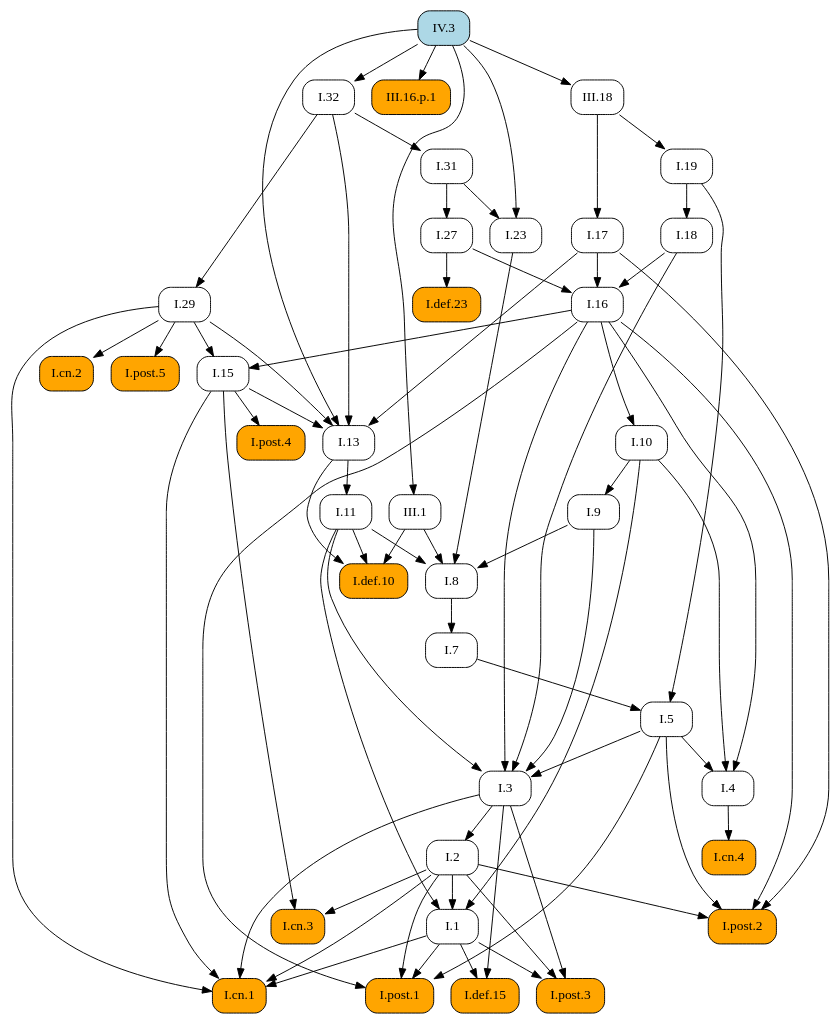
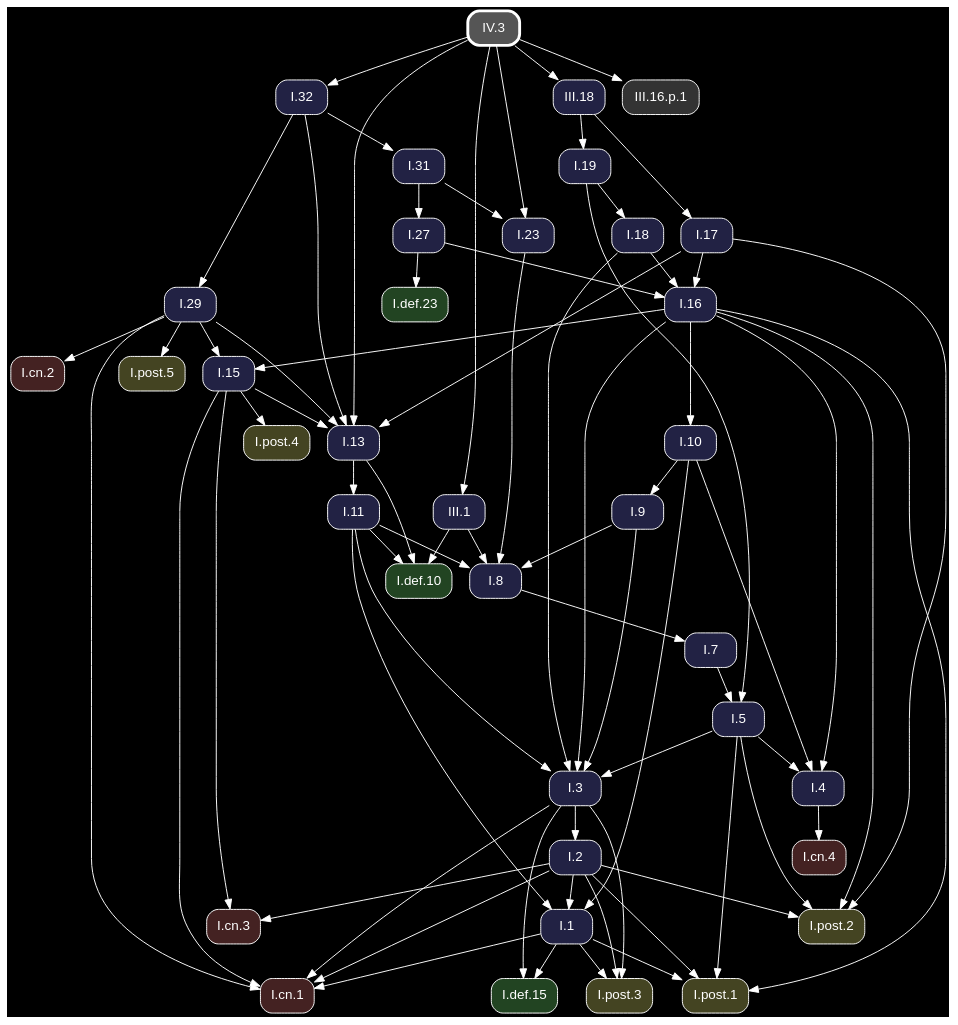
The diagram in docsrc/heath/IV/3/index.rst (geometor/elements), drawn with Graphviz before and after one commit. The commit also changed other lines of this file and 1200 other files, not shown here.

Commit message:
update dependency graphs

```diff
--- a/docsrc/heath/IV/3/index.rst
+++ b/docsrc/heath/IV/3/index.rst
@@ -62,67 +62,49 @@
 .. graphviz::
 
    digraph {
+     bgcolor="black";
+     node [shape=box, style="rounded,filled", fontname="Helvetica", color="white", fontcolor="white"];
+     edge [color="white", fontcolor="white"];
      rankdir="TB";
-     node [shape=box, style=rounded];
-     "I.23" [URL="/heath/I/23/", target="_top"];
-     "I.9" [URL="/heath/I/9/", target="_top"];
-     "I.32" [URL="/heath/I/32/", target="_top"];
-     "III.16.p.1" [style="rounded,filled", fillcolor=orange];
-     "I.def.15" [style="rounded,filled", fillcolor=orange, URL="/heath/I/def.15/", target="_top"];
-     "I.post.3" [style="rounded,filled", fillcolor=orange, URL="/heath/I/post.3/", target="_top"];
-     "III.1" [URL="/heath/III/1/", target="_top"];
-     "I.post.1" [style="rounded,filled", fillcolor=orange, URL="/heath/I/post.1/", target="_top"];
-     "I.19" [URL="/heath/I/19/", target="_top"];
-     "I.31" [URL="/heath/I/31/", target="_top"];
-     "I.def.10" [style="rounded,filled", fillcolor=orange, URL="/heath/I/def.10/", target="_top"];
-     "I.18" [URL="/heath/I/18/", target="_top"];
-     "I.27" [URL="/heath/I/27/", target="_top"];
-     "I.3" [URL="/heath/I/3/", target="_top"];
-     "I.cn.1" [style="rounded,filled", fillcolor=orange, URL="/heath/I/cn.1/", target="_top"];
-     "III.18" [URL="/heath/III/18/", target="_top"];
-     "I.7" [URL="/heath/I/7/", target="_top"];
-     "I.2" [URL="/heath/I/2/", target="_top"];
-     "I.13" [URL="/heath/I/13/", target="_top"];
-     "I.post.4" [style="rounded,filled", fillcolor=orange, URL="/heath/I/post.4/", target="_top"];
-     "I.4" [URL="/heath/I/4/", target="_top"];
-     "IV.3" [style="rounded,filled", fillcolor=lightblue, URL="/heath/IV/3/", target="_top"];
-     "I.1" [URL="/heath/I/1/", target="_top"];
-     "I.5" [URL="/heath/I/5/", target="_top"];
-     "I.17" [URL="/heath/I/17/", target="_top"];
-     "I.8" [URL="/heath/I/8/", target="_top"];
-     "I.29" [URL="/heath/I/29/", target="_top"];
-     "I.cn.3" [style="rounded,filled", fillcolor=orange, URL="/heath/I/cn.3/", target="_top"];
-     "I.16" [URL="/heath/I/16/", target="_top"];
-     "I.15" [URL="/heath/I/15/", target="_top"];
-     "I.10" [URL="/heath/I/10/", target="_top"];
-     "I.11" [URL="/heath/I/11/", target="_top"];
-     "I.def.23" [style="rounded,filled", fillcolor=orange, URL="/heath/I/def.23/", target="_top"];
-     "I.cn.2" [style="rounded,filled", fillcolor=orange, URL="/heath/I/cn.2/", target="_top"];
-     "I.post.5" [style="rounded,filled", fillcolor=orange, URL="/heath/I/post.5/", target="_top"];
-     "I.cn.4" [style="rounded,filled", fillcolor=orange, URL="/heath/I/cn.4/", target="_top"];
-     "I.post.2" [style="rounded,filled", fillcolor=orange, URL="/heath/I/post.2/", target="_top"];
-     "I.31" -> "I.23";
-     "IV.3" -> "I.23";
-     "I.10" -> "I.9";
+     "I.31" [fillcolor="#222244", URL="/heath/I/31/", target="_top"];
+     "I.32" [fillcolor="#222244", URL="/heath/I/32/", target="_top"];
+     "I.3" [fillcolor="#222244", URL="/heath/I/3/", target="_top"];
+     "I.cn.1" [fillcolor="#442222", URL="/heath/I/cn.1/", target="_top"];
+     "I.19" [fillcolor="#222244", URL="/heath/I/19/", target="_top"];
+     "I.def.10" [fillcolor="#224422", URL="/heath/I/def.10/", target="_top"];
+     "I.15" [fillcolor="#222244", URL="/heath/I/15/", target="_top"];
+     "III.18" [fillcolor="#222244", URL="/heath/III/18/", target="_top"];
+     "I.13" [fillcolor="#222244", URL="/heath/I/13/", target="_top"];
+     "I.27" [fillcolor="#222244", URL="/heath/I/27/", target="_top"];
+     "I.2" [fillcolor="#222244", URL="/heath/I/2/", target="_top"];
+     "I.cn.2" [fillcolor="#442222", URL="/heath/I/cn.2/", target="_top"];
+     "I.9" [fillcolor="#222244", URL="/heath/I/9/", target="_top"];
+     "I.1" [fillcolor="#222244", URL="/heath/I/1/", target="_top"];
+     "I.post.5" [fillcolor="#444422", URL="/heath/I/post.5/", target="_top"];
+     "I.post.4" [fillcolor="#444422", URL="/heath/I/post.4/", target="_top"];
+     "I.23" [fillcolor="#222244", URL="/heath/I/23/", target="_top"];
+     "I.8" [fillcolor="#222244", URL="/heath/I/8/", target="_top"];
+     "I.4" [fillcolor="#222244", URL="/heath/I/4/", target="_top"];
+     "I.7" [fillcolor="#222244", URL="/heath/I/7/", target="_top"];
+     "I.5" [fillcolor="#222244", URL="/heath/I/5/", target="_top"];
+     "IV.3" [penwidth=3, color="white", fillcolor="#555555", URL="/heath/IV/3/", target="_top"];
+     "I.10" [fillcolor="#222244", URL="/heath/I/10/", target="_top"];
+     "I.post.1" [fillcolor="#444422", URL="/heath/I/post.1/", target="_top"];
+     "I.11" [fillcolor="#222244", URL="/heath/I/11/", target="_top"];
+     "I.16" [fillcolor="#222244", URL="/heath/I/16/", target="_top"];
+     "I.cn.3" [fillcolor="#442222", URL="/heath/I/cn.3/", target="_top"];
+     "I.29" [fillcolor="#222244", URL="/heath/I/29/", target="_top"];
+     "III.1" [fillcolor="#222244", URL="/heath/III/1/", target="_top"];
+     "I.post.2" [fillcolor="#444422", URL="/heath/I/post.2/", target="_top"];
+     "I.cn.4" [fillcolor="#442222", URL="/heath/I/cn.4/", target="_top"];
+     "I.def.23" [fillcolor="#224422", URL="/heath/I/def.23/", target="_top"];
+     "I.post.3" [fillcolor="#444422", URL="/heath/I/post.3/", target="_top"];
+     "I.18" [fillcolor="#222244", URL="/heath/I/18/", target="_top"];
+     "I.def.15" [fillcolor="#224422", URL="/heath/I/def.15/", target="_top"];
+     "I.17" [fillcolor="#222244", URL="/heath/I/17/", target="_top"];
+     "III.16.p.1" [fillcolor="#333333"];
+     "I.32" -> "I.31";
      "IV.3" -> "I.32";
-     "IV.3" -> "III.16.p.1";
-     "I.1" -> "I.def.15";
-     "I.3" -> "I.def.15";
-     "I.1" -> "I.post.3";
-     "I.2" -> "I.post.3";
-     "I.3" -> "I.post.3";
-     "IV.3" -> "III.1";
-     "I.1" -> "I.post.1";
-     "I.2" -> "I.post.1";
-     "I.5" -> "I.post.1";
-     "I.16" -> "I.post.1";
-     "III.18" -> "I.19";
-     "I.32" -> "I.31";
-     "I.11" -> "I.def.10";
-     "I.13" -> "I.def.10";
-     "III.1" -> "I.def.10";
-     "I.19" -> "I.18";
-     "I.31" -> "I.27";
      "I.5" -> "I.3";
      "I.9" -> "I.3";
      "I.11" -> "I.3";
@@ -133,44 +115,64 @@
      "I.3" -> "I.cn.1";
      "I.15" -> "I.cn.1";
      "I.29" -> "I.cn.1";
+     "III.18" -> "I.19";
+     "I.11" -> "I.def.10";
+     "I.13" -> "I.def.10";
+     "III.1" -> "I.def.10";
+     "I.16" -> "I.15";
+     "I.29" -> "I.15";
      "IV.3" -> "III.18";
-     "I.8" -> "I.7";
-     "I.3" -> "I.2";
      "I.15" -> "I.13";
      "I.17" -> "I.13";
      "I.29" -> "I.13";
      "I.32" -> "I.13";
      "IV.3" -> "I.13";
-     "I.15" -> "I.post.4";
-     "I.5" -> "I.4";
-     "I.10" -> "I.4";
-     "I.16" -> "I.4";
+     "I.31" -> "I.27";
+     "I.3" -> "I.2";
+     "I.29" -> "I.cn.2";
+     "I.10" -> "I.9";
      "I.2" -> "I.1";
      "I.10" -> "I.1";
      "I.11" -> "I.1";
-     "I.7" -> "I.5";
-     "I.19" -> "I.5";
-     "III.18" -> "I.17";
+     "I.29" -> "I.post.5";
+     "I.15" -> "I.post.4";
+     "I.31" -> "I.23";
+     "IV.3" -> "I.23";
      "I.9" -> "I.8";
      "I.11" -> "I.8";
      "I.23" -> "I.8";
      "III.1" -> "I.8";
-     "I.32" -> "I.29";
-     "I.2" -> "I.cn.3";
-     "I.15" -> "I.cn.3";
+     "I.5" -> "I.4";
+     "I.10" -> "I.4";
+     "I.16" -> "I.4";
+     "I.8" -> "I.7";
+     "I.7" -> "I.5";
+     "I.19" -> "I.5";
+     "I.16" -> "I.10";
+     "I.1" -> "I.post.1";
+     "I.2" -> "I.post.1";
+     "I.5" -> "I.post.1";
+     "I.16" -> "I.post.1";
+     "I.13" -> "I.11";
      "I.17" -> "I.16";
      "I.18" -> "I.16";
      "I.27" -> "I.16";
-     "I.16" -> "I.15";
-     "I.29" -> "I.15";
-     "I.16" -> "I.10";
-     "I.13" -> "I.11";
-     "I.27" -> "I.def.23";
-     "I.29" -> "I.cn.2";
-     "I.29" -> "I.post.5";
-     "I.4" -> "I.cn.4";
+     "I.2" -> "I.cn.3";
+     "I.15" -> "I.cn.3";
+     "I.32" -> "I.29";
+     "IV.3" -> "III.1";
      "I.2" -> "I.post.2";
      "I.5" -> "I.post.2";
      "I.16" -> "I.post.2";
      "I.17" -> "I.post.2";
+     "I.4" -> "I.cn.4";
+     "I.27" -> "I.def.23";
+     "I.1" -> "I.post.3";
+     "I.2" -> "I.post.3";
+     "I.3" -> "I.post.3";
+     "I.19" -> "I.18";
+     "I.1" -> "I.def.15";
+     "I.3" -> "I.def.15";
+     "III.18" -> "I.17";
+     "IV.3" -> "III.16.p.1";
    }
```
